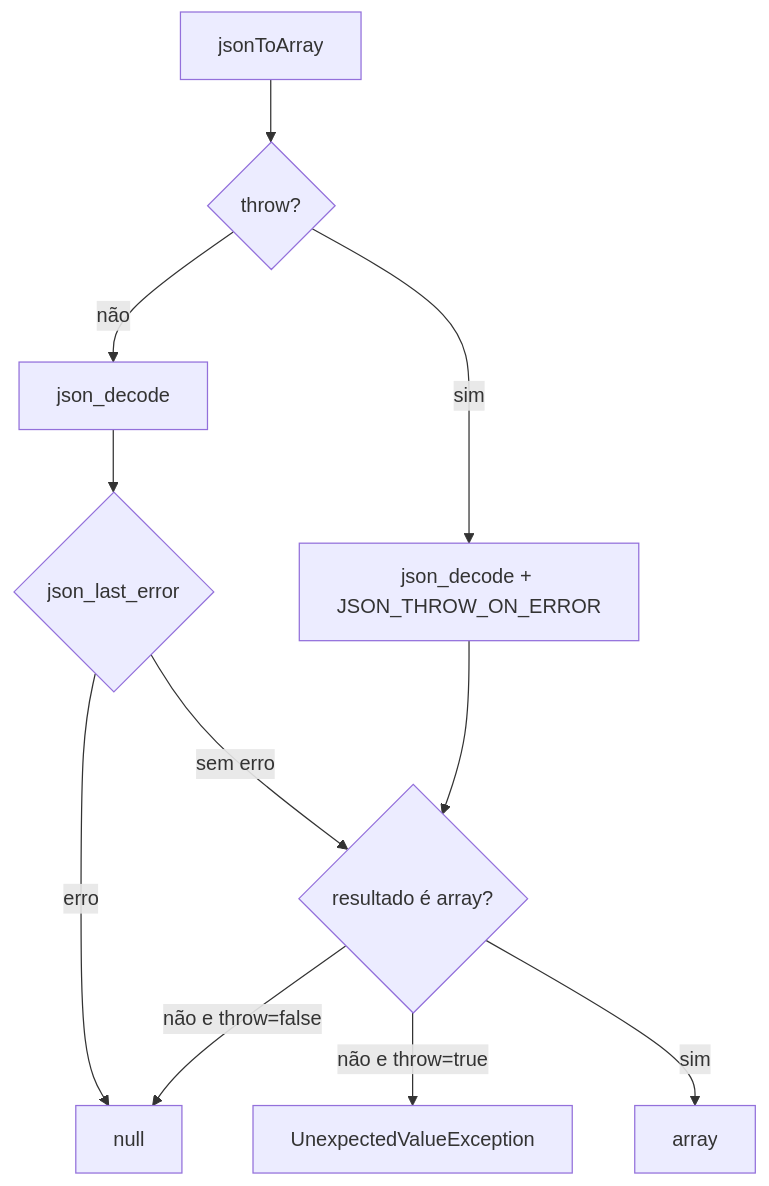
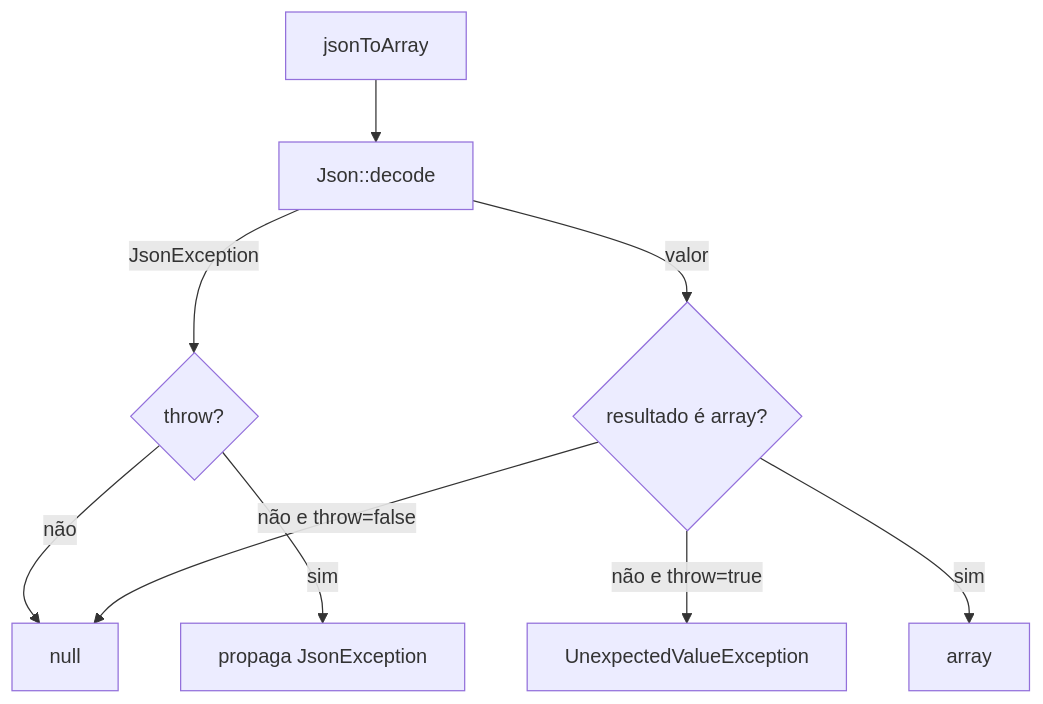
Before and after one commit to omegaalfa/Utils: the diagram in helpers/README.md, drawn with Mermaid. The commit also changed other lines of this file and 38 other files, not shown here.

````diff
--- a/helpers/README.md
+++ b/helpers/README.md
@@ -169,13 +169,11 @@
 ```mermaid
 flowchart TD
-    A[jsonToArray] --> B{throw?}
-    B -->|não| C[json_decode]
-    C --> D{json_last_error}
-    D -->|erro| N[null]
-    B -->|sim| E[json_decode + JSON_THROW_ON_ERROR]
-    E --> F{resultado é array?}
-    D -->|sem erro| F
+    A[jsonToArray] --> B[Json::decode]
+    B -->|JsonException| C{throw?}
+    C -->|não| N[null]
+    C -->|sim| P[propaga JsonException]
+    B -->|valor| F{resultado é array?}
     F -->|não e throw=false| N
     F -->|não e throw=true| G[UnexpectedValueException]
     F -->|sim| H[array]
 ```
````
